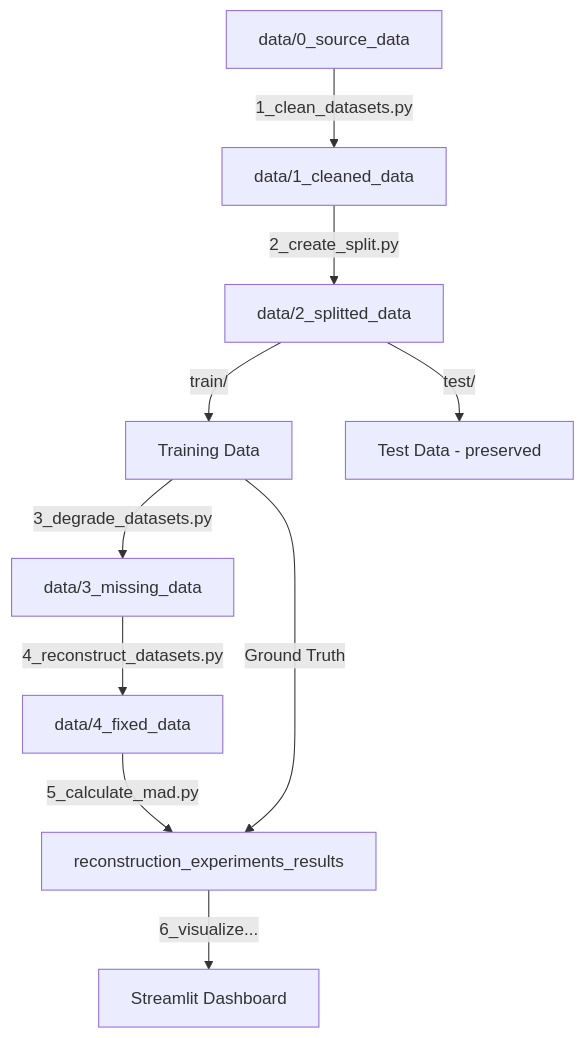
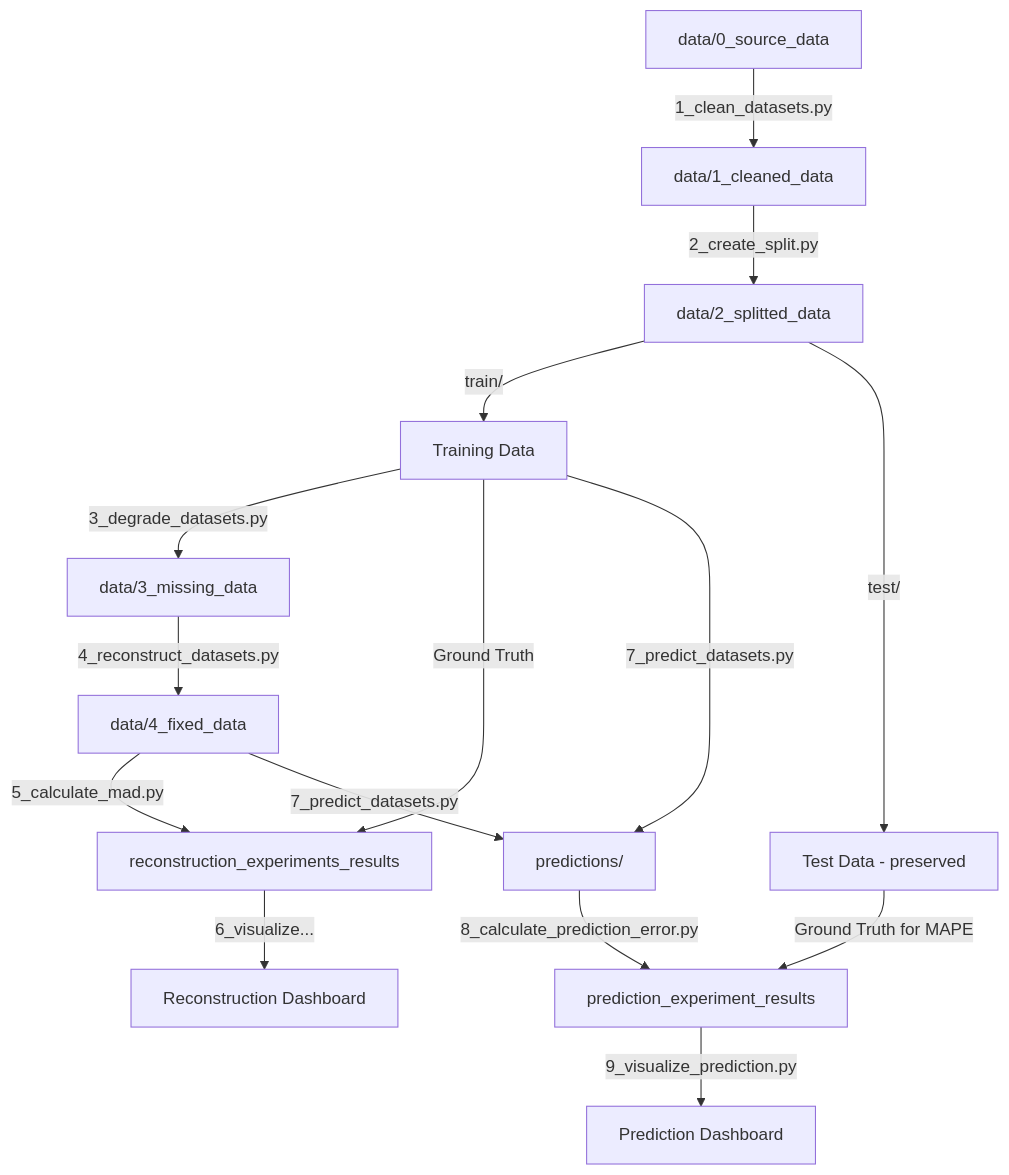
The diagram in README.md (DariuszKobiela/uniTS-MissRecoPred), drawn with Mermaid before and after one commit. The commit also changed other lines of this file and 4 other files, not shown here.

````diff
--- a/README.md
+++ b/README.md
@@ -429,12 +536,17 @@
 ```mermaid
 graph TD
     A[data/0_source_data] -->|1_clean_datasets.py| B[data/1_cleaned_data]
     B -->|2_create_split.py| C[data/2_splitted_data]
     C -->|train/| D[Training Data]
     C -->|test/| E[Test Data - preserved]
     D -->|3_degrade_datasets.py| F[data/3_missing_data]
     F -->|4_reconstruct_datasets.py| G[data/4_fixed_data]
     G -->|5_calculate_mad.py| H[reconstruction_experiments_results]
     D -->|Ground Truth| H
-    H -->|6_visualize...| I[Streamlit Dashboard]
+    H -->|6_visualize...| I[Reconstruction Dashboard]
+    D -->|7_predict_datasets.py| J[predictions/]
+    G -->|7_predict_datasets.py| J
+    J -->|8_calculate_prediction_error.py| K[prediction_experiment_results]
+    E -->|Ground Truth for MAPE| K
+    K -->|9_visualize_prediction.py| L[Prediction Dashboard]
 ```
````
